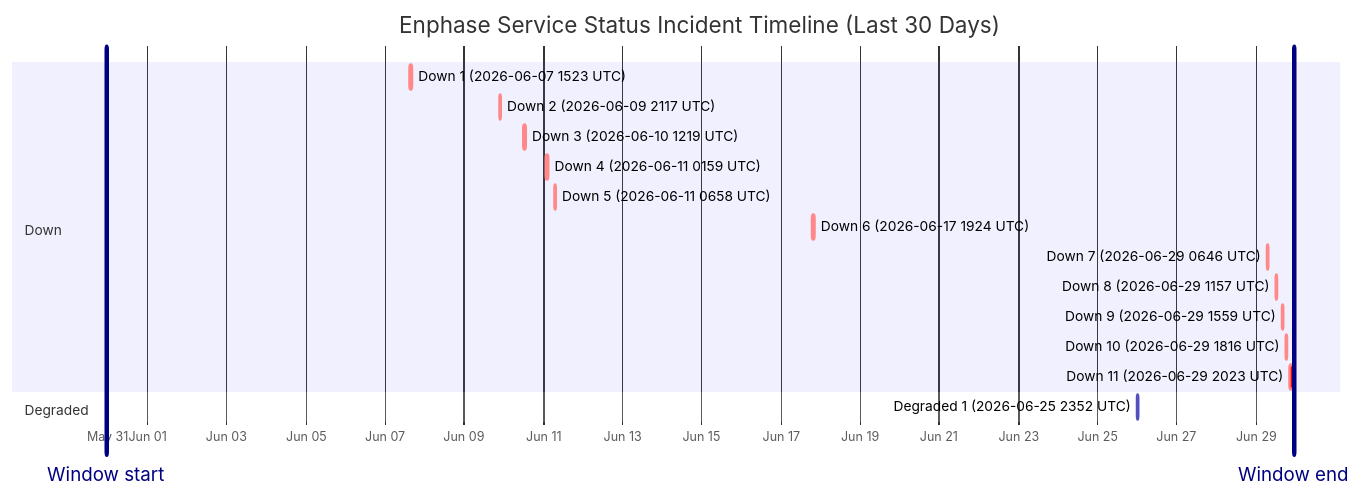
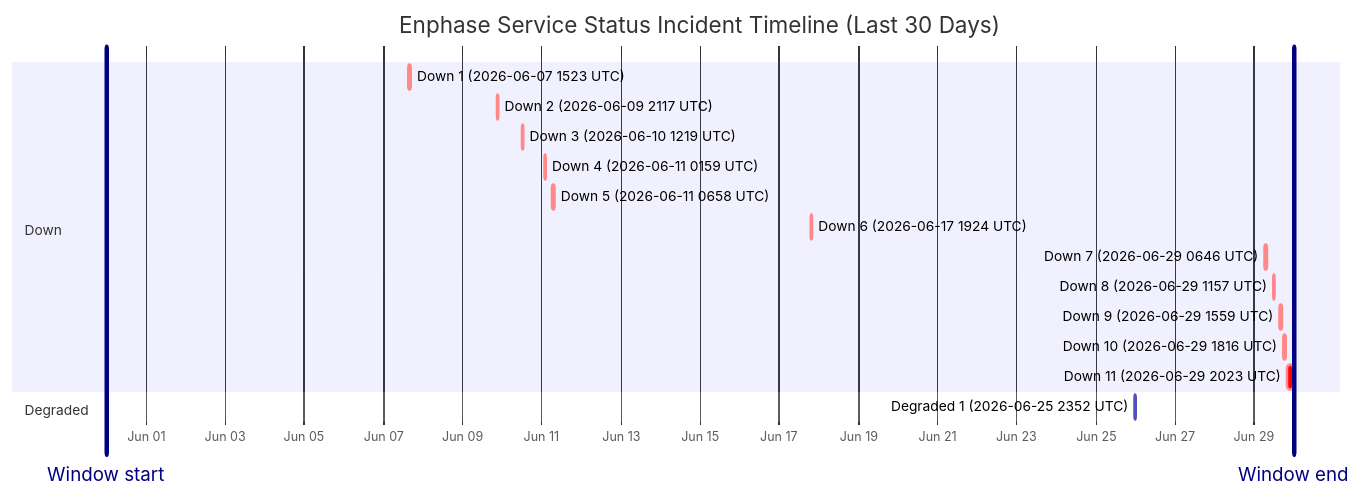
One commit to barneyonline/ha-enphase-energy changed the diagram in wiki/Service-Status-History.md. Above: the diagram before and after it, drawn with Mermaid. The commit also changed other lines of this file and 3 other files, not shown here.

````diff
--- a/wiki/Service-Status-History.md
+++ b/wiki/Service-Status-History.md
@@ -14,22 +14,22 @@
 ```mermaid
 gantt
     title Enphase Service Status Incident Timeline (Last 30 Days)
     dateFormat  YYYY-MM-DDTHH:mm:ss
     axisFormat  %b %d
-    Window start :vert, window-start, 2026-05-30T22:55:43, 0ms
-    Window end :vert, window-end, 2026-06-29T22:55:43, 0ms
+    Window start :vert, window-start, 2026-05-31T00:03:59, 0ms
+    Window end :vert, window-end, 2026-06-30T00:03:59, 0ms
     section Down
     Down 1 (2026-06-07 1523 UTC) :crit, down-1, 2026-06-07T15:23:22, 87m
     Down 2 (2026-06-09 2117 UTC) :crit, down-2, 2026-06-09T21:17:17, 60m
     Down 3 (2026-06-10 1219 UTC) :crit, down-3, 2026-06-10T12:19:21, 60m
     Down 4 (2026-06-11 0159 UTC) :crit, down-4, 2026-06-11T01:59:36, 60m
     Down 5 (2026-06-11 0658 UTC) :crit, down-5, 2026-06-11T06:58:45, 60m
     Down 6 (2026-06-17 1924 UTC) :crit, down-6, 2026-06-17T19:24:51, 60m
     Down 7 (2026-06-29 0646 UTC) :crit, down-7, 2026-06-29T06:46:18, 60m
     Down 8 (2026-06-29 1157 UTC) :crit, down-8, 2026-06-29T11:57:36, 60m
     Down 9 (2026-06-29 1559 UTC) :crit, down-9, 2026-06-29T15:59:02, 60m
     Down 10 (2026-06-29 1816 UTC) :crit, down-10, 2026-06-29T18:16:38, 60m
-    Down 11 (2026-06-29 2023 UTC) :crit, down-11, 2026-06-29T20:23:16, 152m
+    Down 11 (2026-06-29 2023 UTC) :crit, down-11, 2026-06-29T20:23:16, 220m
     section Degraded
     Degraded 1 (2026-06-25 2352 UTC) :active, degraded-1, 2026-06-25T23:52:01, 60m
 ```
````
